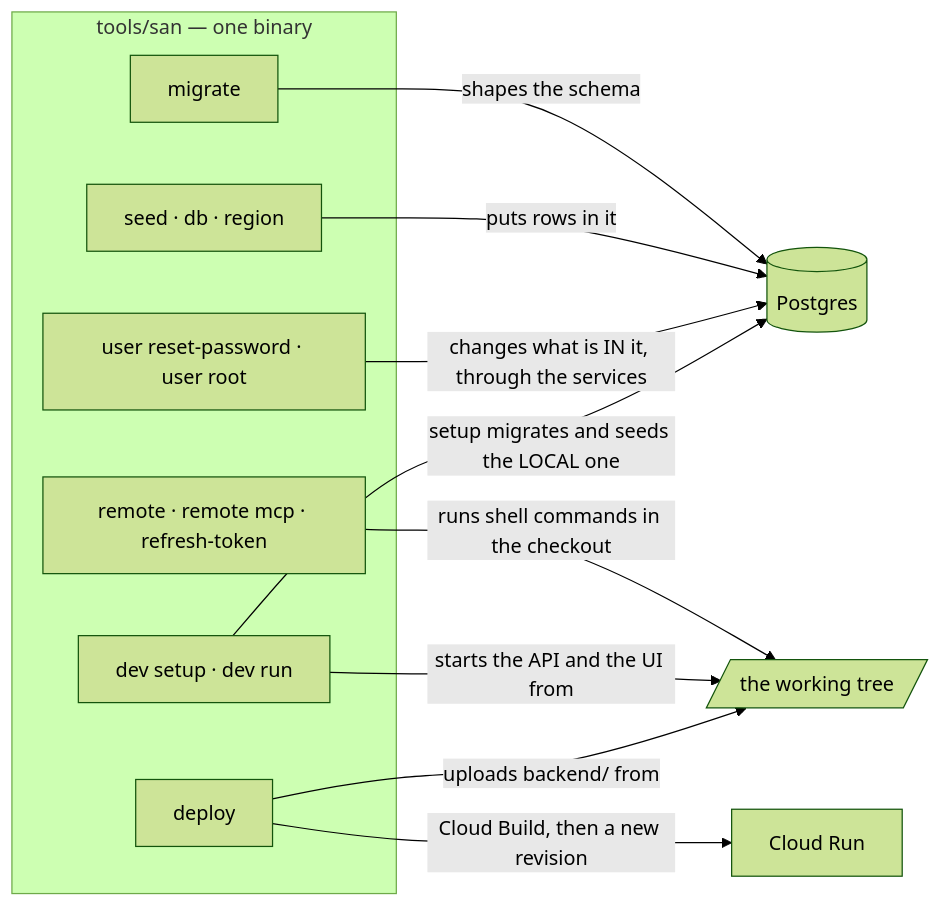
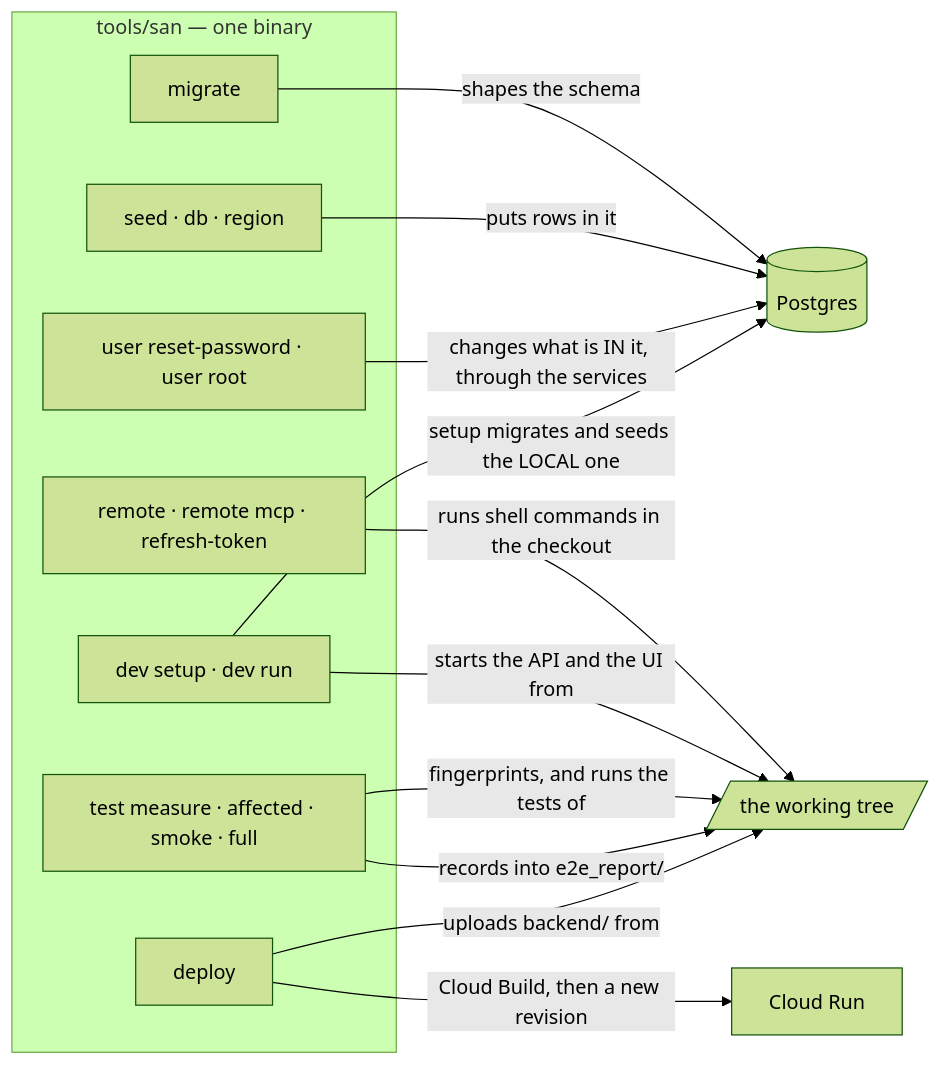
One commit to pdcgo/warehouse_revamp changed the first of 24 diagrams in docs/tools/san.md. Above: the diagram before and after it, drawn with Mermaid (forest theme). The commit also changed other lines of this file and 126 other files, not shown here.

````diff
--- a/docs/tools/san.md
+++ b/docs/tools/san.md
@@ -30,19 +31,22 @@
 ```mermaid
 flowchart LR
     subgraph san["tools/san — one binary"]
         M["migrate"]
         S["seed · db · region"]
         U["user reset-password · user root"]
         R["remote · remote mcp · refresh-token"]
         V["dev setup · dev run"]
+        T["test measure · affected · smoke · full"]
         D["deploy"]
     end
     M -->|"shapes the schema"| DB[(Postgres)]
     S -->|"puts rows in it"| DB
     U -->|"changes what is IN it, through the services"| DB
     R -->|"runs shell commands in the checkout"| WS[/"the working tree"/]
     V -->|"starts the API and the UI from"| WS
     V -->|"setup migrates and seeds the LOCAL one"| DB
+    T -->|"fingerprints, and runs the tests of"| WS
+    T -->|"records into e2e_report/"| WS
     D -->|"uploads backend/ from"| WS
     D -->|"Cloud Build, then a new revision"| CR["Cloud Run"]
 ```
````
